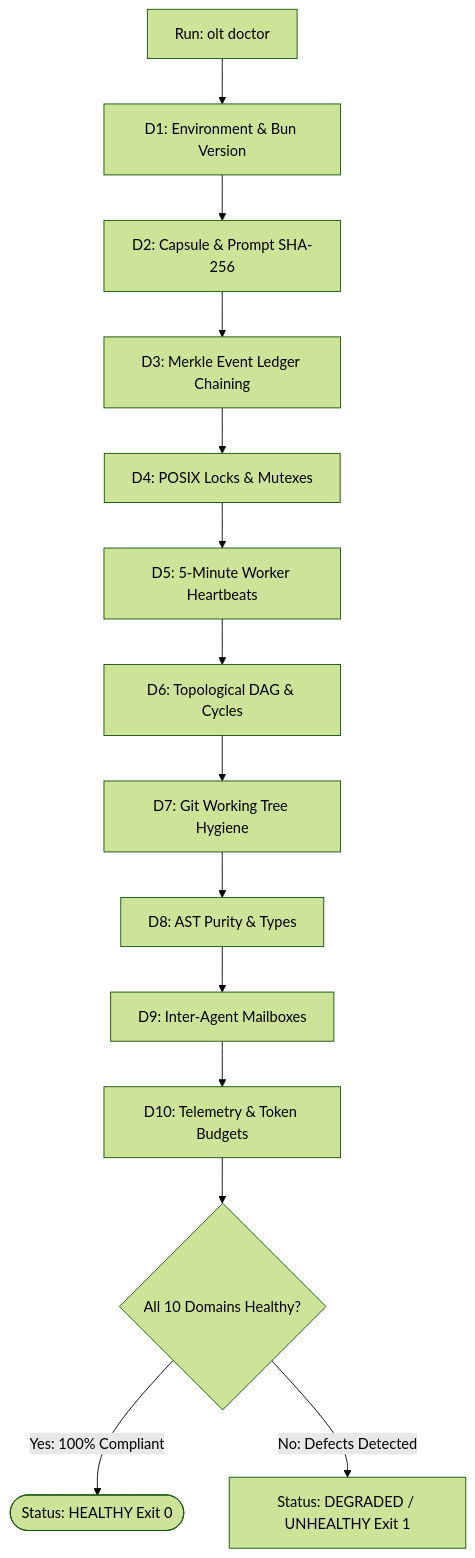
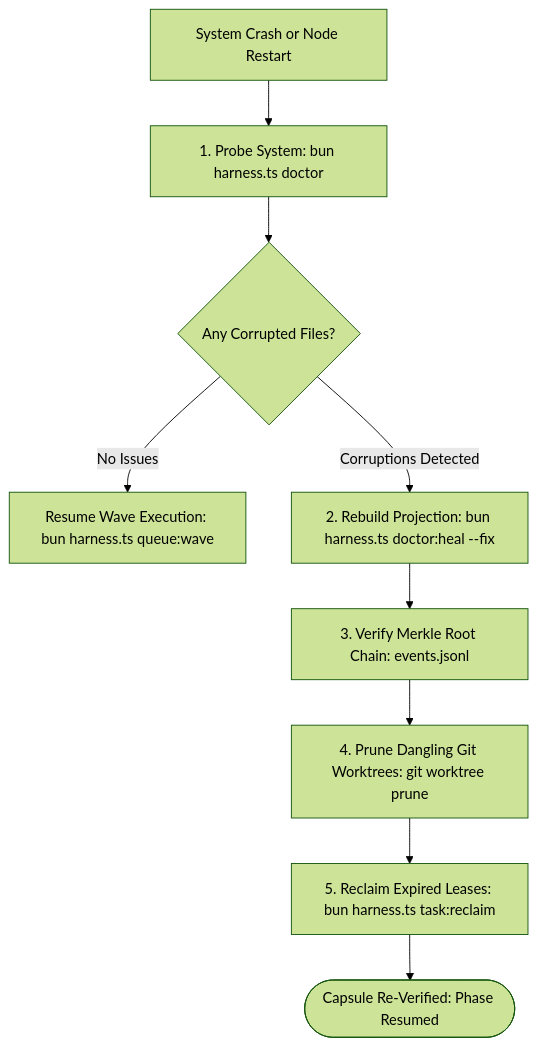
The diagram in docs/olt/reference/health-and-status.md (onurseckin/skills), drawn with Mermaid (forest theme) before and after one commit. The commit also changed other lines of this file and 163 other files, not shown here.

Commit message:
feat(olt): complete 7 master initiatives across reporting, doctor, policy, docs, storage and mailboxes

````diff
--- a/docs/olt/reference/health-and-status.md
+++ b/docs/olt/reference/health-and-status.md
@@ -65,17 +248,11 @@
 ```mermaid
 flowchart TD
-    DoctorStart[Run: olt doctor] --> ProbeEnv[D1: Environment & Bun Version]
-    ProbeEnv --> ProbeCapsule[D2: Capsule & Prompt SHA-256]
-    ProbeCapsule --> ProbeLedger[D3: Merkle Event Ledger Chaining]
-    ProbeLedger --> ProbeLocks[D4: POSIX Locks & Mutexes]
-    ProbeLocks --> ProbeWorkers[D5: 5-Minute Worker Heartbeats]
-    ProbeWorkers --> ProbeDAG[D6: Topological DAG & Cycles]
-    ProbeDAG --> ProbeGit[D7: Git Working Tree Hygiene]
-    ProbeGit --> ProbeAST[D8: AST Purity & Types]
-    ProbeAST --> ProbeMailbox[D9: Inter-Agent Mailboxes]
-    ProbeMailbox --> ProbeTelemetry[D10: Telemetry & Token Budgets]
-
-    ProbeTelemetry --> HealthSummary{All 10 Domains Healthy?}
-    HealthSummary -->|Yes: 100% Compliant| PassReport([Status: HEALTHY Exit 0])
-    HealthSummary -->|No: Defects Detected| FailReport[Status: DEGRADED / UNHEALTHY Exit 1]
+    CrashDetected[System Crash or Node Restart] --> Step1[1. Probe System: bun harness.ts doctor]
+    Step1 --> Evaluate{Any Corrupted Files?}
+    Evaluate -->|No Issues| Resume[Resume Wave Execution: bun harness.ts queue:wave]
+    Evaluate -->|Corruptions Detected| Step2[2. Rebuild Projection: bun harness.ts doctor:heal --fix]
+    Step2 --> Step3[3. Verify Merkle Root Chain: events.jsonl]
+    Step3 --> Step4[4. Prune Dangling Git Worktrees: git worktree prune]
+    Step4 --> Step5[5. Reclaim Expired Leases: bun harness.ts task:reclaim]
+    Step5 --> Verified([Capsule Re-Verified: Phase Resumed])
 ```
````
